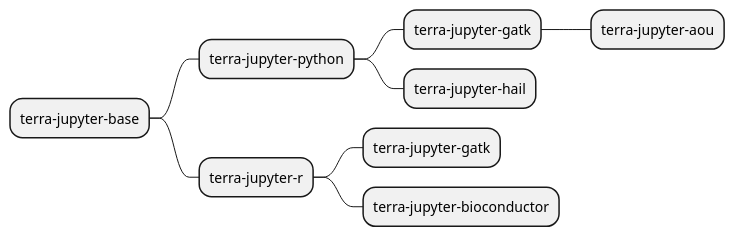
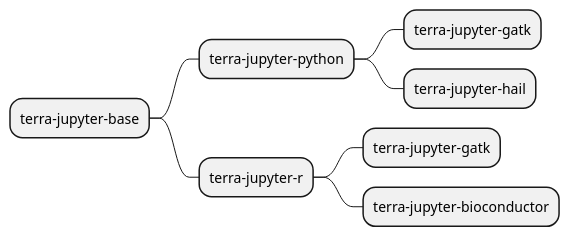
One commit to DataBiosphere/terra-docker changed the diagram in mind.puml. Above: the diagram before and after it, drawn with PlantUML. The commit also changed 34 other files, not shown here.

```diff
--- a/mind.puml
+++ b/mind.puml
@@ -1,10 +1,9 @@
 @startmindmap
 * terra-jupyter-base
 ** terra-jupyter-python
 *** terra-jupyter-gatk
-**** terra-jupyter-aou
 *** terra-jupyter-hail
 ** terra-jupyter-r
 *** terra-jupyter-gatk
 *** terra-jupyter-bioconductor
 @endmindmap
```
